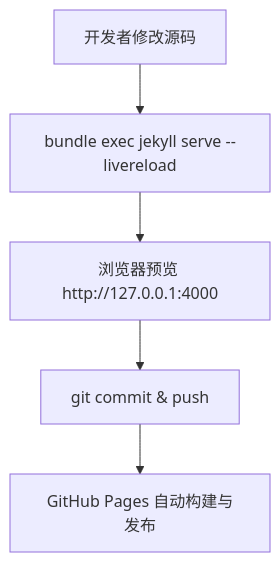
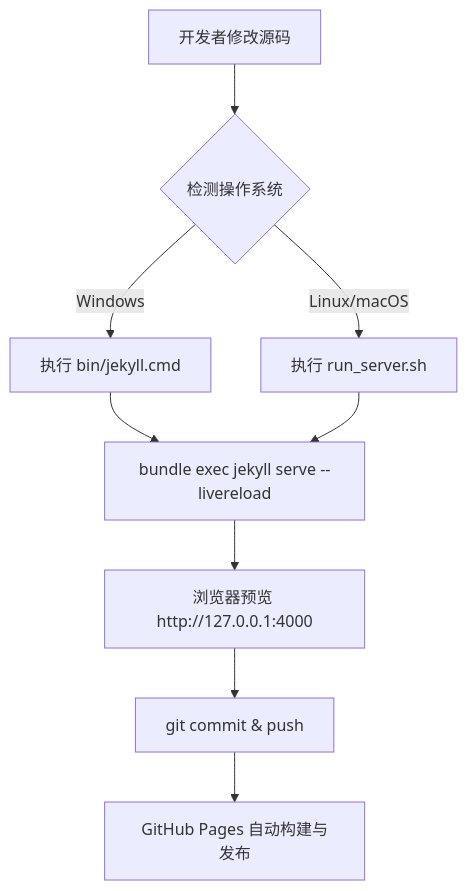
One commit to pizicaiman/pizicaiman.github.io changed the sixth of 7 diagrams in .qoder/repowiki/zh/content/开发指南/开发指南.md. Above: the diagram before and after it, drawn with Mermaid. The commit also changed other lines of this file and 24 other files, not shown here.

````diff
--- a/.qoder/repowiki/zh/content/开发指南/开发指南.md
+++ b/.qoder/repowiki/zh/content/开发指南/开发指南.md
@@ -219,7 +259,11 @@
 ```mermaid
 flowchart TD
-Dev["开发者修改源码"] --> Build["bundle exec jekyll serve --livereload"]
-Build --> Preview["浏览器预览 http://127.0.0.1:4000"]
+Dev["开发者修改源码"] --> Platform{"检测操作系统"}
+Platform --> |Windows| WinBuild["执行 bin/jekyll.cmd"]
+Platform --> |Linux/macOS| UnixBuild["执行 run_server.sh"]
+WinBuild --> BundleExec["bundle exec jekyll serve --livereload"]
+UnixBuild --> BundleExec
+BundleExec --> Preview["浏览器预览 http://127.0.0.1:4000"]
 Preview --> Commit["git commit & push"]
 Commit --> Deploy["GitHub Pages 自动构建与发布"]
 ```
````
